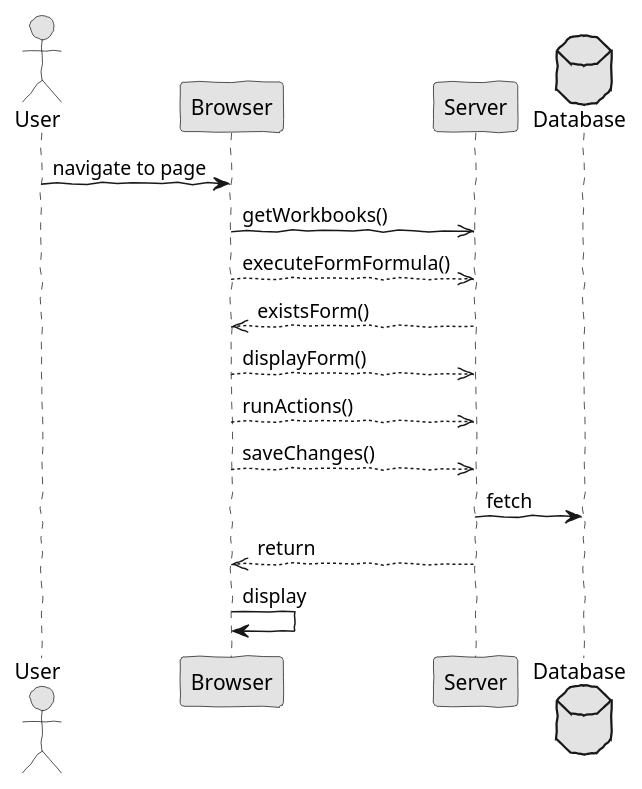
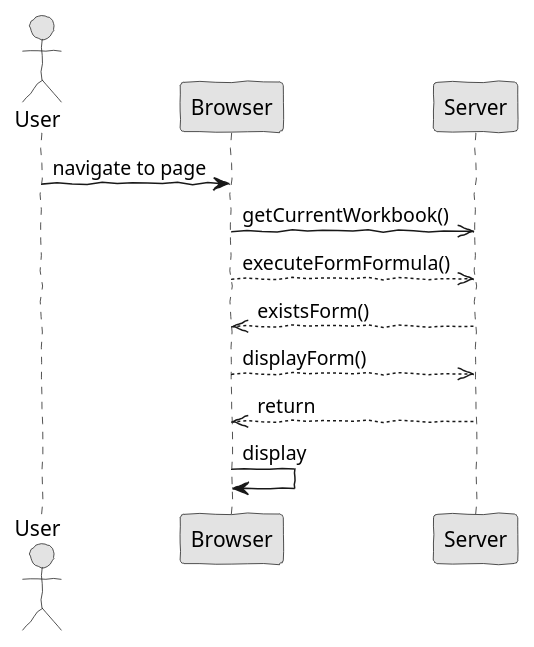
One commit to HugoFernandes2343/LAPR4_2017-2018 changed the diagram in docs/blue/s1150585/sp1/analysis2.puml. Above: the diagram before and after it, drawn with PlantUML. The commit also changed 12 other files, not shown here.

```diff
--- a/docs/blue/s1150585/sp1/analysis2.puml
+++ b/docs/blue/s1150585/sp1/analysis2.puml
@@ -1,25 +1,20 @@
 @startuml  analysis.png
 skinparam handwritten true
 skinparam monochrome true
 skinparam packageStyle rect
 skinparam defaultFontName FG Virgil
 skinparam shadowing false
 
 actor User
 
 User -> Browser : navigate to page
-Browser ->> Server : getWorkbooks()
+Browser ->> Server : getCurrentWorkbook()
 Browser -->>Server : executeFormFormula()
 Server -->>Browser : existsForm()
 Browser -->>Server : displayForm()
-Browser -->>Server : runActions()
-Browser -->>Server : saveChanges()
-database Database
-
-Server -> Database : fetch
 
 Server -->> Browser : return
 
 Browser -> Browser : display
 
 @enduml
```
